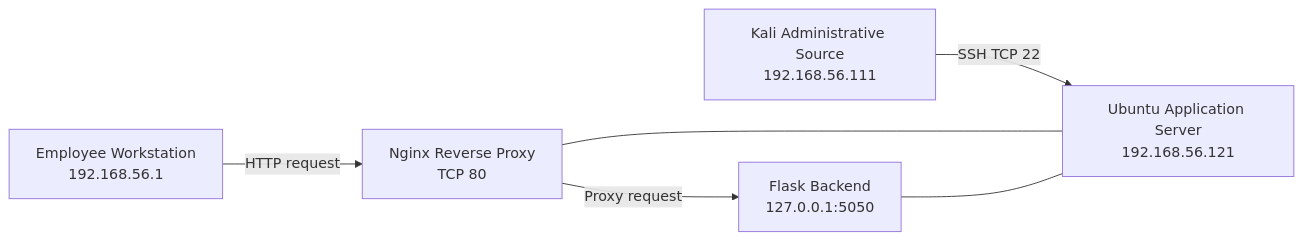
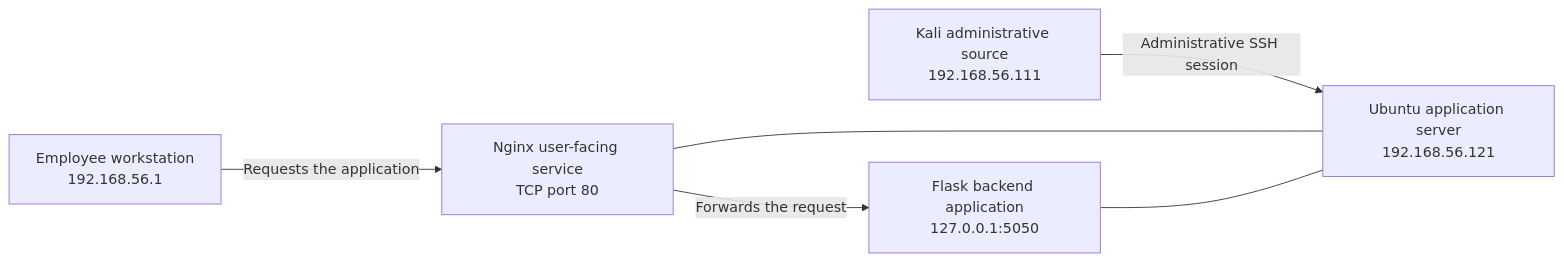
The diagram in ticket-002-production-web-application-outage/diagrams/application-architecture.mmd (Tals101/cyberops-defense-group-professional-development-program), drawn with Mermaid before and after one commit. The commit also changed 9 other files, not shown here.

```diff
--- a/ticket-002-production-web-application-outage/diagrams/application-architecture.mmd
+++ b/ticket-002-production-web-application-outage/diagrams/application-architecture.mmd
@@ -1,12 +1,12 @@
 flowchart LR
-    U[Employee Workstation<br/>192.168.56.1]
-    N[Ubuntu Application Server<br/>192.168.56.121]
-    W[Nginx Reverse Proxy<br/>TCP 80]
-    A[Flask Backend<br/>127.0.0.1:5050]
-    K[Kali Administrative Source<br/>192.168.56.111]
+    U[Employee workstation<br/>192.168.56.1]
+    N[Ubuntu application server<br/>192.168.56.121]
+    W[Nginx user-facing service<br/>TCP port 80]
+    A[Flask backend application<br/>127.0.0.1:5050]
+    K[Kali administrative source<br/>192.168.56.111]
 
-    U -->|HTTP request| W
-    W -->|Proxy request| A
-    K -->|SSH TCP 22| N
+    U -->|Requests the application| W
+    W -->|Forwards the request| A
+    K -->|Administrative SSH session| N
     W --- N
     A --- N
```
